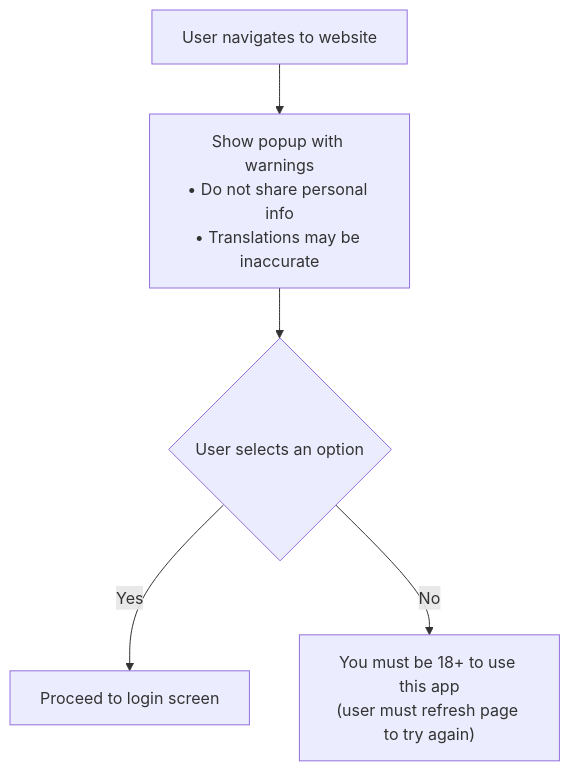
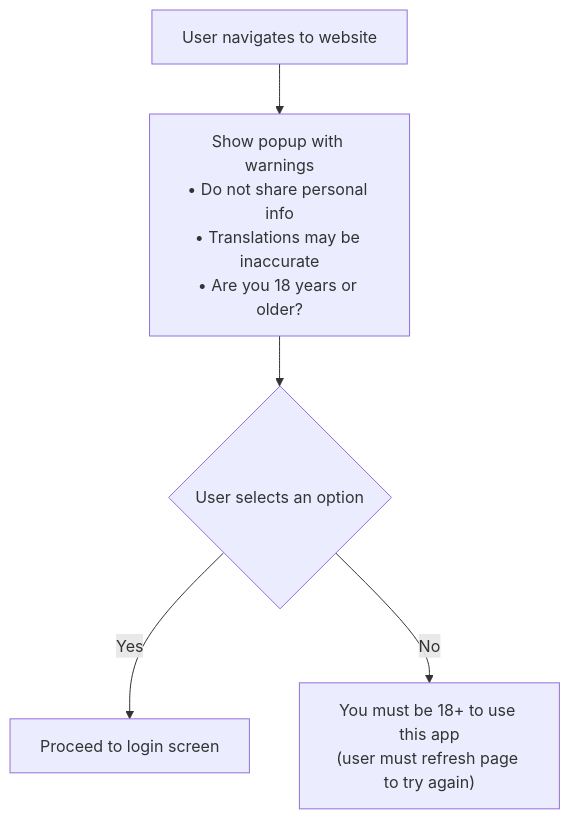
One commit to btswann11/CSE550 changed the first of 2 diagrams in designs/security.md. Above: the diagram before and after it, drawn with Mermaid.

Commit message:
i forgor

````diff
--- a/designs/security.md
+++ b/designs/security.md
@@ -18,7 +18,7 @@
 ```mermaid
 flowchart TD
-    A[User navigates to website] --> B[Show popup with warnings<br/>• Do not share personal info<br/>• Translations may be inaccurate]
+    A[User navigates to website] --> B[Show popup with warnings<br/>• Do not share personal info<br/>• Translations may be inaccurate<br/>• Are you 18 years or older?]
     B --> C{User selects an option}
     C -- Yes --> D[Proceed to login screen]
     C -- No --> E["You must be 18+ to use this app<br/>(user must refresh page to try again)"]
 ```
````
